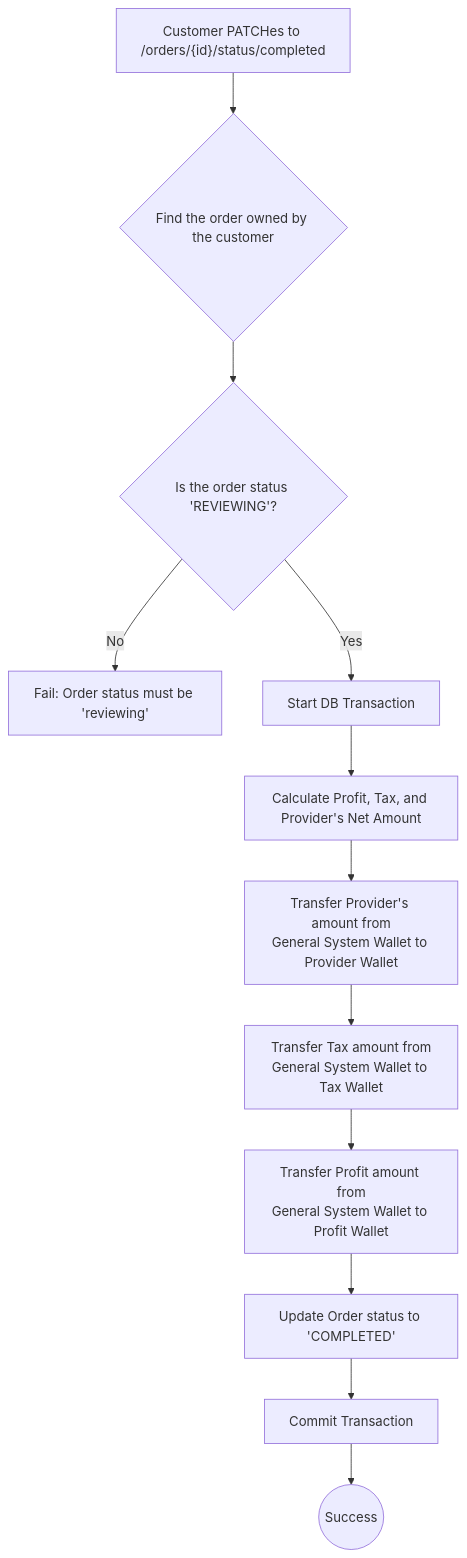
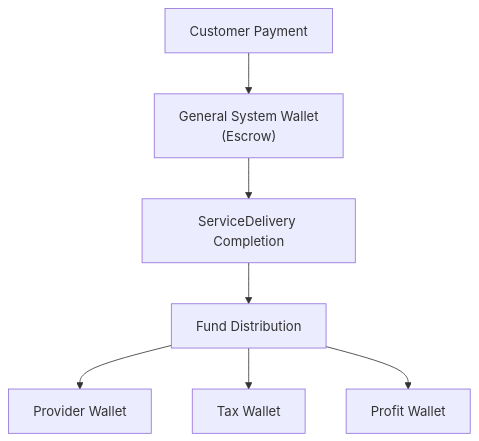
Before and after one commit to khalidgxg/brooder-doc: the second of 2 diagrams in docs/workflows/customer/order-management.md, drawn with Mermaid. The commit also changed other lines of this file and 4 other files, not shown here.

````diff
--- a/docs/workflows/customer/order-management.md
+++ b/docs/workflows/customer/order-management.md
@@ -58,14 +80,9 @@
 ```mermaid
 graph TD
-    A["Customer PATCHes to /orders/{id}/status/completed"] --> B{"Find the order owned by the customer"};
-    B --> C{"Is the order status 'REVIEWING'?"};
-    C -- No --> D["Fail: Order status must be 'reviewing'"];
-    C -- Yes --> E["Start DB Transaction"];
-    E --> F["Calculate Profit, Tax, and Provider's Net Amount"];
-    F --> G["Transfer Provider's amount from<br>General System Wallet to Provider Wallet"];
-    G --> H["Transfer Tax amount from<br>General System Wallet to Tax Wallet"];
-    H --> I["Transfer Profit amount from<br>General System Wallet to Profit Wallet"];
-    I --> J["Update Order status to 'COMPLETED'"];
-    J --> K["Commit Transaction"];
-    K --> L((Success));
+    A["Customer Payment"] --> B["General System Wallet<br>(Escrow)"];
+    B --> C["ServiceDelivery Completion"];
+    C --> D["Fund Distribution"];
+    D --> E["Provider Wallet"];
+    D --> F["Tax Wallet"];
+    D --> G["Profit Wallet"];
 ```
````
